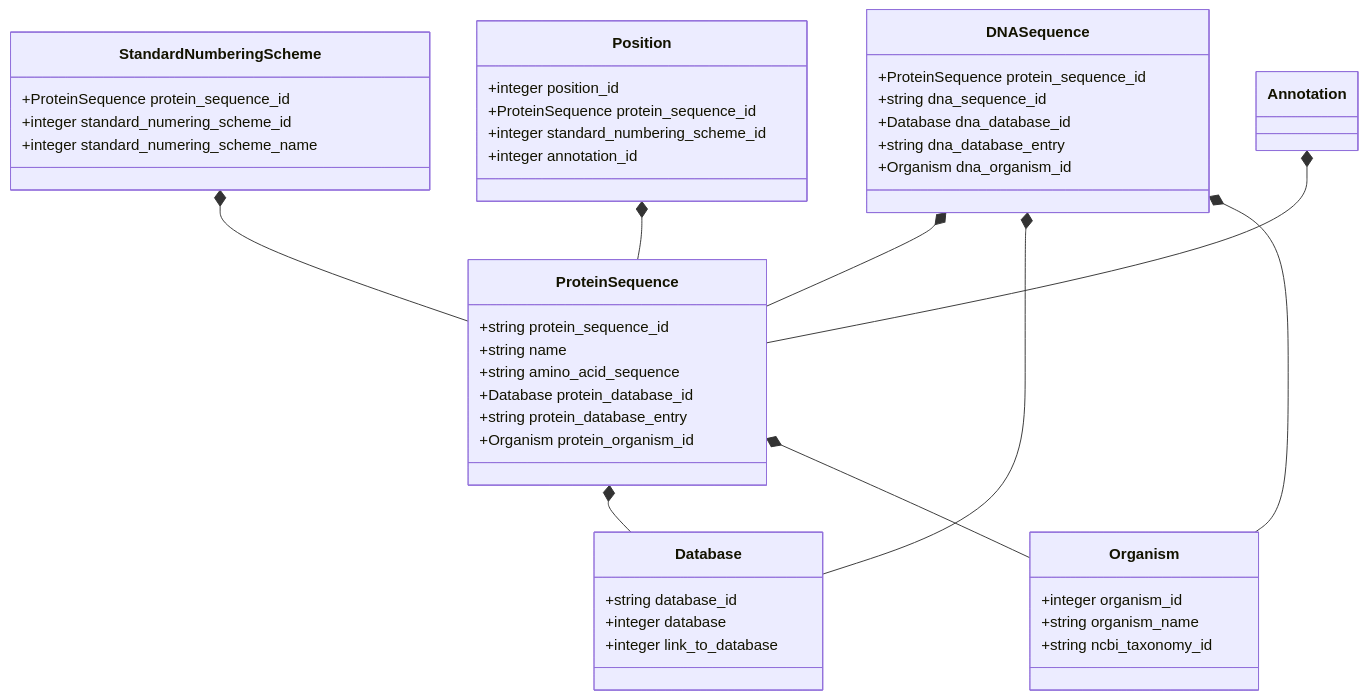
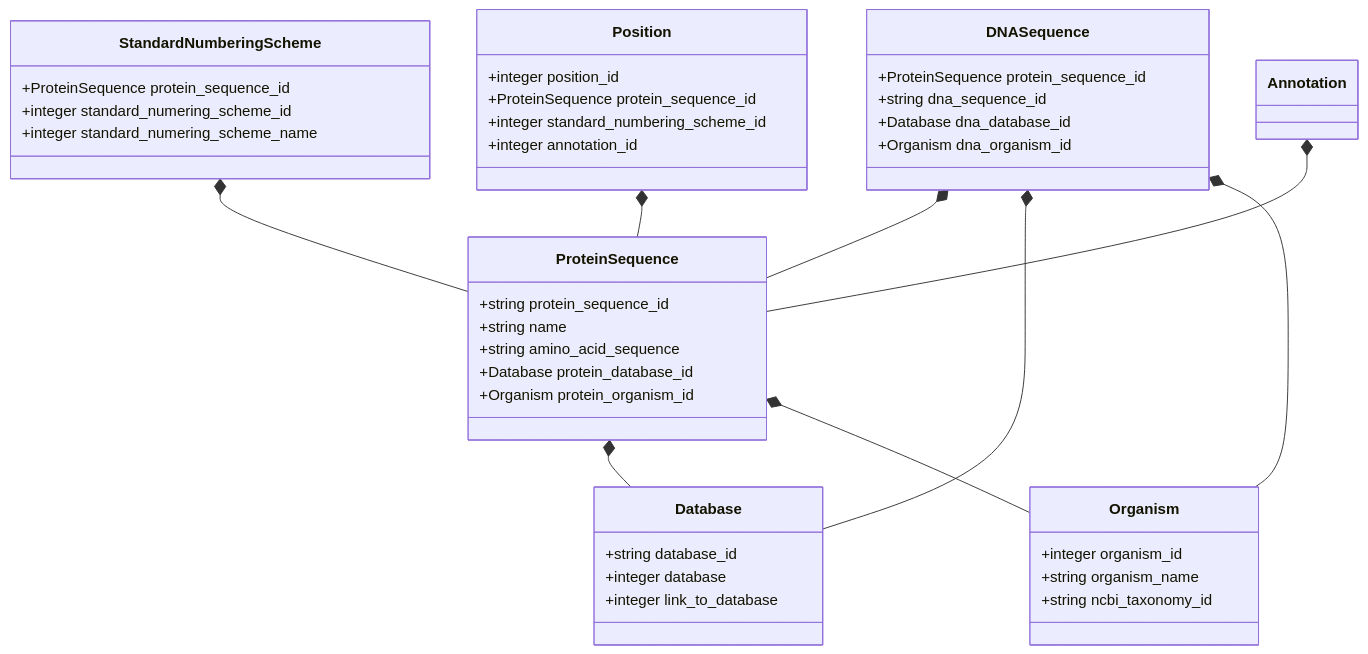
Before and after one commit to maxim945/PyEED-Fullprototype: the diagram in Database/schemes/-.md, drawn with Mermaid. The commit also changed 7 other files, not shown here.

````diff
--- a/Database/schemes/-.md
+++ b/Database/schemes/-.md
@@ -1,54 +1,52 @@
 ```mermaid
 classDiagram
     ProteinSequence *-- Database
     ProteinSequence *-- Organism
     DNASequence *-- ProteinSequence
     DNASequence *-- Database
     DNASequence *-- Organism
     StandardNumberingScheme *-- ProteinSequence
     Position *-- ProteinSequence
     Annotation *-- ProteinSequence
     
     class ProteinSequence {
         +string protein_sequence_id
         +string name
         +string amino_acid_sequence
         +Database protein_database_id
-        +string protein_database_entry
         +Organism protein_organism_id
     }
     
     class DNASequence {
         +ProteinSequence protein_sequence_id
         +string dna_sequence_id
         +Database dna_database_id
-        +string dna_database_entry
         +Organism dna_organism_id
     }
     
     class Organism {
         +integer organism_id
         +string organism_name
         +string ncbi_taxonomy_id
     }
     
     class Database {
         +string database_id
         +integer database
         +integer link_to_database
     }
     
     class StandardNumberingScheme {
         +ProteinSequence protein_sequence_id
         +integer standard_numering_scheme_id
         +integer standard_numering_scheme_name
     }
     
     class Position {
         +integer position_id
         +ProteinSequence protein_sequence_id
         +integer standard_numbering_scheme_id
         +integer annotation_id
     }
     
 ```
````
